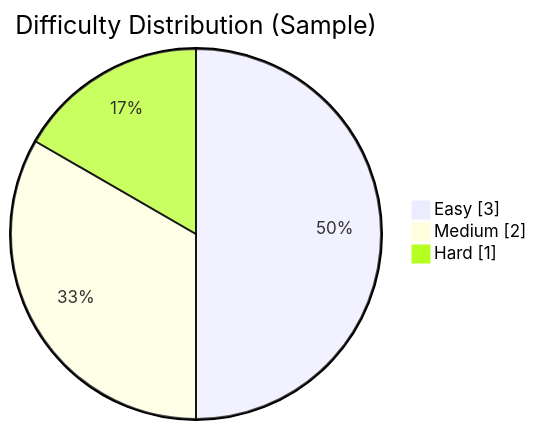
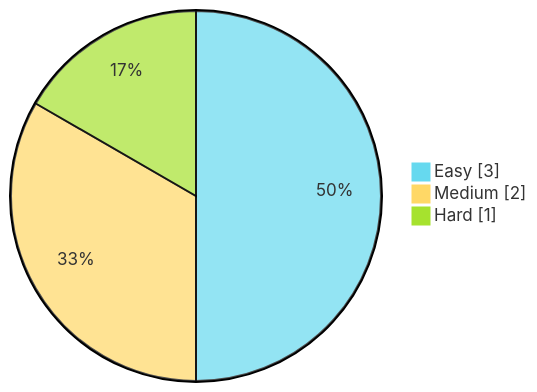
The diagram in README.md (hinata-koizumi/leetcode-journey), drawn with Mermaid before and after one commit. The commit also changed 1 other file, not shown here.

Commit message:
Remove pie chart title and apply brighter Mermaid colors.

````diff
--- a/README.md
+++ b/README.md
@@ -18,7 +18,7 @@
 ```mermaid
+%%{init: {"theme":"base","themeVariables":{"pie1":"#66d9ef","pie2":"#ffd866","pie3":"#a6e22e"}}}%%
 pie showData
-    title Difficulty Distribution (Sample)
     "Easy" : 3
     "Medium" : 2
     "Hard" : 1
 ```
````
